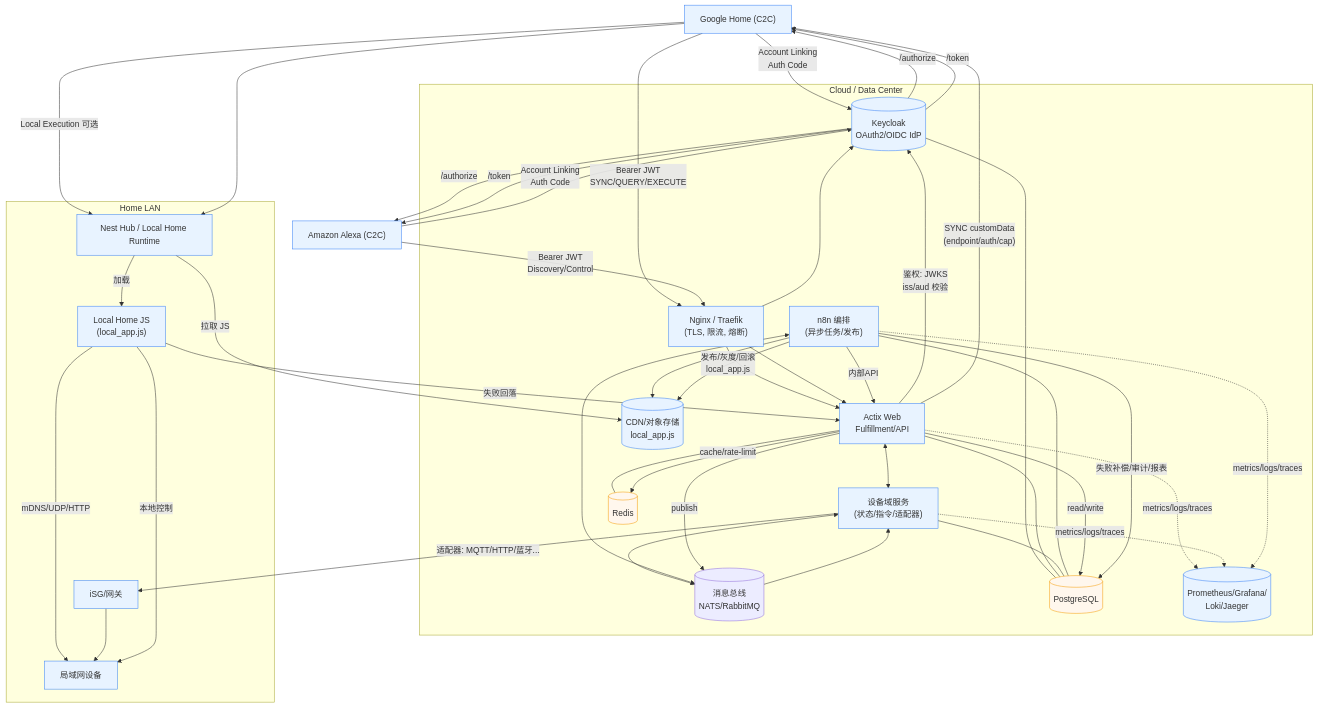
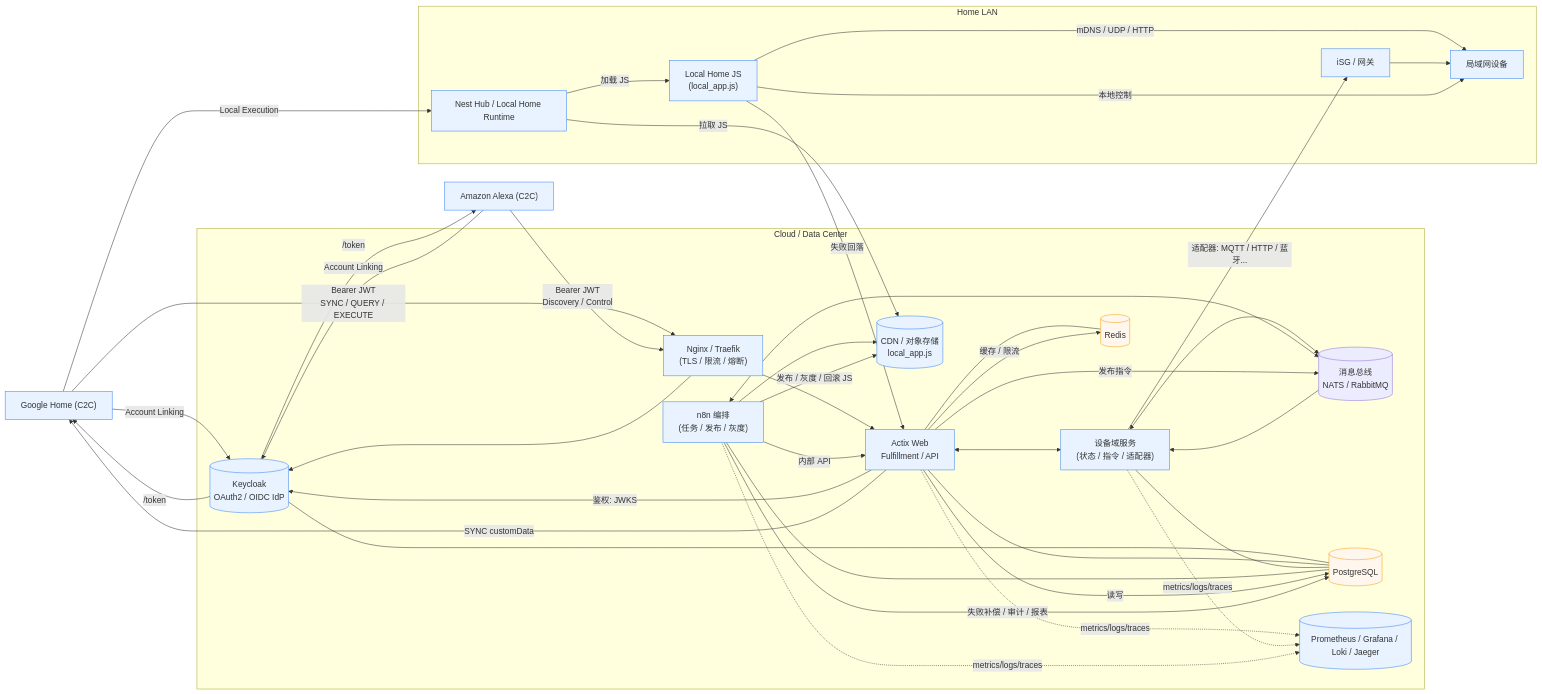
The diagram in 架构图.md (79B0Y/c2c-auth), drawn with Mermaid before and after one commit.

````diff
--- a/架构图.md
+++ b/架构图.md
@@ -1,99 +1,87 @@
 ```mermaid
-graph TD
-  %% =========================
-  %% Cloud-to-Cloud + Local Execution Overall Architecture
-  %% =========================
+graph LR
 
-  %% Clients / Platforms
-  GH["Google Home (C2C)"]
-  AX["Amazon Alexa (C2C)"]
-  NH["Nest Hub / Local Home Runtime"]
+%% 客户端平台
+GH["Google Home (C2C)"]
+AX["Amazon Alexa (C2C)"]
+NH["Nest Hub / Local Home Runtime"]
 
-  %% Edge / Ingress
-  RP["Nginx / Traefik\n(TLS, 限流, 熔断)"]
+%% 入口/网关
+RP["Nginx / Traefik\n(TLS / 限流 / 熔断)"]
 
-  %% Core Services
-  KC[("Keycloak\nOAuth2/OIDC IdP")]
-  ACT["Actix Web\nFulfillment/API"]
-  DS["设备域服务\n(状态/指令/适配器)"]
-  N8N["n8n 编排\n(异步任务/发布)"]
-  BUS[("消息总线\nNATS/RabbitMQ")]
+%% 核心服务
+KC[("Keycloak\nOAuth2 / OIDC IdP")]
+ACT["Actix Web\nFulfillment / API"]
+DS["设备域服务\n(状态 / 指令 / 适配器)"]
+N8N["n8n 编排\n(任务 / 发布 / 灰度)"]
+BUS[("消息总线\nNATS / RabbitMQ")]
 
-  %% Data Stores & Observability
-  PG[("PostgreSQL")]
-  RDS[("Redis")]
-  OBS[("Prometheus/Grafana/\nLoki/Jaeger")]
+%% 数据与可观测性
+PG[("PostgreSQL")]
+RDS[("Redis")]
+OBS[("Prometheus / Grafana / Loki / Jaeger")]
 
-  %% Local Home JS Distribution
-  CDN[("CDN/对象存储\nlocal_app.js")]
-  LJS["Local Home JS\n(local_app.js)"]
+%% 本地执行
+CDN[("CDN / 对象存储\nlocal_app.js")]
+LJS["Local Home JS\n(local_app.js)"]
+GW["iSG / 网关"]
+DEV["局域网设备"]
 
-  %% Devices / Gateways
-  GW["iSG/网关"]
-  DEV["局域网设备"]
+%% 云端分组
+subgraph Cloud[Cloud / Data Center]
+  RP --> KC
+  RP --> ACT
+  ACT <--> DS
+  DS <--> BUS
+  N8N <--> BUS
+  KC --- PG
+  ACT --- PG
+  ACT --- RDS
+  DS  --- PG
+  N8N --- PG
+  ACT -.metrics/logs/traces.-> OBS
+  DS  -.metrics/logs/traces.-> OBS
+  N8N -.metrics/logs/traces.-> OBS
+  N8N --> CDN
+end
 
-  %% Grouping
-  subgraph Cloud[Cloud / Data Center]
-    RP --> KC
-    RP --> ACT
-    ACT <--> DS
-    DS <--> BUS
-    N8N <--> BUS
+%% 局域网分组
+subgraph LAN[Home LAN]
+  NH -->|"加载 JS"| LJS
+  LJS -->|"mDNS / UDP / HTTP"| DEV
+  GW  --> DEV
+end
 
-    KC --- PG
-    ACT --- PG
-    ACT --- RDS
-    DS  --- PG
-    N8N --- PG
+%% C2C OAuth 流程
+GH -->|"Account Linking"| KC
+AX -->|"Account Linking"| KC
+KC -->|"/token"| GH
+KC -->|"/token"| AX
 
-    ACT -.metrics/logs/traces.-> OBS
-    DS  -.metrics/logs/traces.-> OBS
-    N8N -.metrics/logs/traces.-> OBS
+%% 云端 Fulfillment
+GH -->|"Bearer JWT\nSYNC / QUERY / EXECUTE"| RP
+AX -->|"Bearer JWT\nDiscovery / Control"| RP
+ACT -->|"鉴权: JWKS"| KC
+ACT -->|"读写"| PG
+ACT -->|"缓存 / 限流"| RDS
+ACT -->|"发布指令"| BUS
+BUS --> DS
+DS -->|"适配器: MQTT / HTTP / 蓝牙..."| GW
 
-    N8N --> CDN
-  end
+%% Local Execution
+GH -->|"Local Execution"| NH
+NH -->|"拉取 JS"| CDN
+ACT -->|"SYNC customData"| GH
+LJS -->|"本地控制"| DEV
+LJS -->|"失败回落"| ACT
 
-  subgraph LAN[Home LAN]
-    NH -->|"加载"| LJS
-    LJS -->|"mDNS/UDP/HTTP"| DEV
-    GW  --> DEV
-  end
+%% n8n 流程
+N8N -->|"失败补偿 / 审计 / 报表"| PG
+N8N -->|"发布 / 灰度 / 回滚 JS"| CDN
+N8N -->|"内部 API"| ACT
 
-  %% C2C OAuth Flow
-  GH -->|"Account Linking\nAuth Code"| KC
-  AX -->|"Account Linking\nAuth Code"| KC
-  KC -->|"/authorize"| GH
-  KC -->|"/token"| GH
-  KC -->|"/authorize"| AX
-  KC -->|"/token"| AX
-
-  %% Fulfillment (Cloud)
-  GH -->|"Bearer JWT\nSYNC/QUERY/EXECUTE"| RP
-  AX -->|"Bearer JWT\nDiscovery/Control"| RP
-  RP --> ACT
-  ACT -->|"鉴权: JWKS\niss/aud 校验"| KC
-  ACT -->|"read/write"| PG
-  ACT -->|"cache/rate-limit"| RDS
-  ACT -->|"publish"| BUS
-  BUS --> DS
-  DS -->|"适配器: MQTT/HTTP/蓝牙..."| GW
-
-  %% Local Execution Path
-  GH -->|"Local Execution 可选"| NH
-  NH -->|"拉取 JS"| CDN
-  ACT -->|"SYNC customData\n(endpoint/auth/cap)"| GH
-  GH --> NH
-  LJS -->|"本地控制"| DEV
-  LJS -->|"失败回落"| ACT
-
-  %% n8n Pipelines
-  N8N -->|"失败补偿/审计/报表"| PG
-  N8N -->|"发布/灰度/回滚\nlocal_app.js"| CDN
-  N8N -->|"内部API"| ACT
-
-  %% Notes
-  classDef svc fill:#e8f3ff,stroke:#3b82f6,stroke-width:1px
-  classDef store fill:#fff7ed,stroke:#f59e0b,stroke-width:1px
-  class KC,ACT,DS,N8N,RP,GH,AX,NH,CDN,LJS,DEV,GW,OBS svc
-  class PG,RDS store
+classDef svc fill:#e8f3ff,stroke:#3b82f6,stroke-width:1px
+classDef store fill:#fff7ed,stroke:#f59e0b,stroke-width:1px
+class KC,ACT,DS,N8N,RP,GH,AX,NH,CDN,LJS,DEV,GW,OBS svc
+class PG,RDS store
 ```
````
